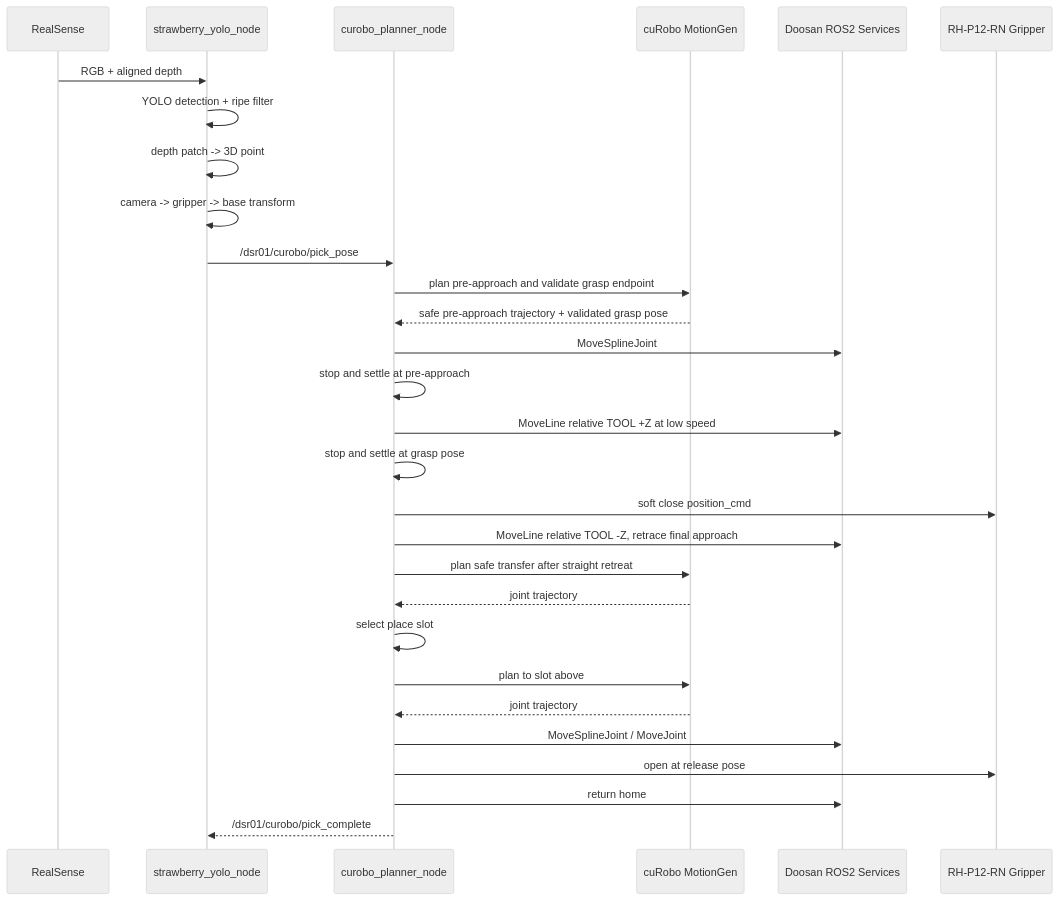
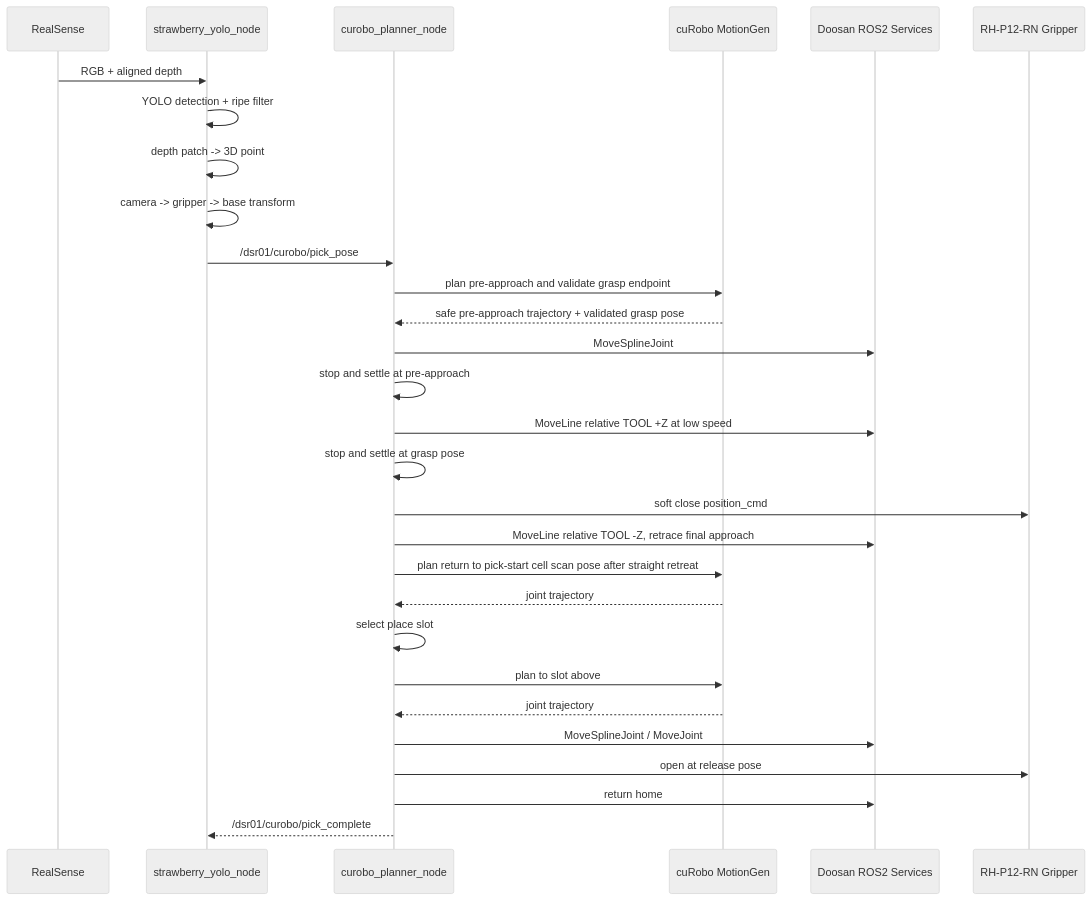
The second of 2 diagrams in docs/system_architecture.md (djdoss1234/strawberry_miniproject), drawn with Mermaid (neutral theme) before and after one commit. The commit also changed 3 other files, not shown here.

Commit message:
fix: return to cell scan pose between picks

````diff
--- a/docs/system_architecture.md
+++ b/docs/system_architecture.md
@@ -84,36 +84,36 @@
 ```mermaid
 sequenceDiagram
     participant Camera as RealSense
     participant Vision as strawberry_yolo_node
     participant Planner as curobo_planner_node
     participant CuRobo as cuRobo MotionGen
     participant Doosan as Doosan ROS2 Services
     participant Gripper as RH-P12-RN Gripper
 
     Camera->>Vision: RGB + aligned depth
     Vision->>Vision: YOLO detection + ripe filter
     Vision->>Vision: depth patch -> 3D point
     Vision->>Vision: camera -> gripper -> base transform
     Vision->>Planner: /dsr01/curobo/pick_pose
 
     Planner->>CuRobo: plan pre-approach and validate grasp endpoint
     CuRobo-->>Planner: safe pre-approach trajectory + validated grasp pose
     Planner->>Doosan: MoveSplineJoint
 
     Planner->>Planner: stop and settle at pre-approach
     Planner->>Doosan: MoveLine relative TOOL +Z at low speed
     Planner->>Planner: stop and settle at grasp pose
     Planner->>Gripper: soft close position_cmd
 
     Planner->>Doosan: MoveLine relative TOOL -Z, retrace final approach
-    Planner->>CuRobo: plan safe transfer after straight retreat
+    Planner->>CuRobo: plan return to pick-start cell scan pose after straight retreat
     CuRobo-->>Planner: joint trajectory
 
     Planner->>Planner: select place slot
     Planner->>CuRobo: plan to slot above
     CuRobo-->>Planner: joint trajectory
     Planner->>Doosan: MoveSplineJoint / MoveJoint
     Planner->>Gripper: open at release pose
     Planner->>Doosan: return home
     Planner-->>Vision: /dsr01/curobo/pick_complete
 ```
````
